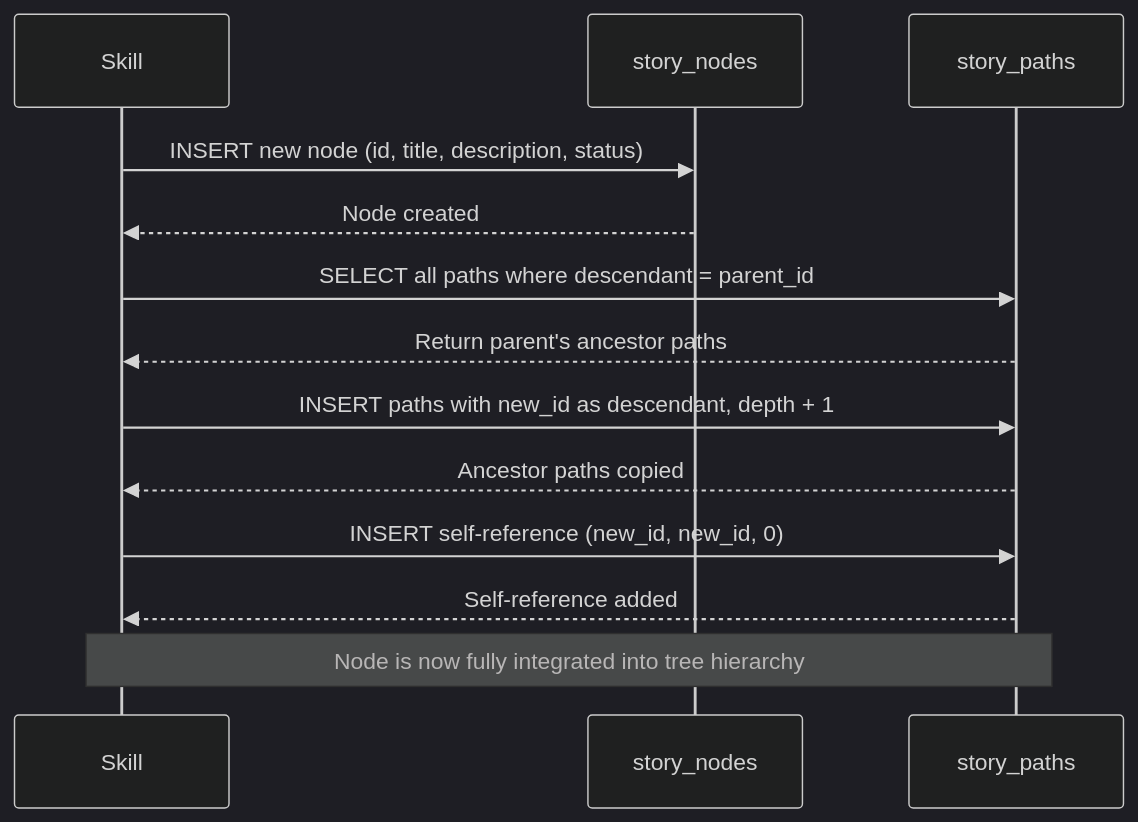
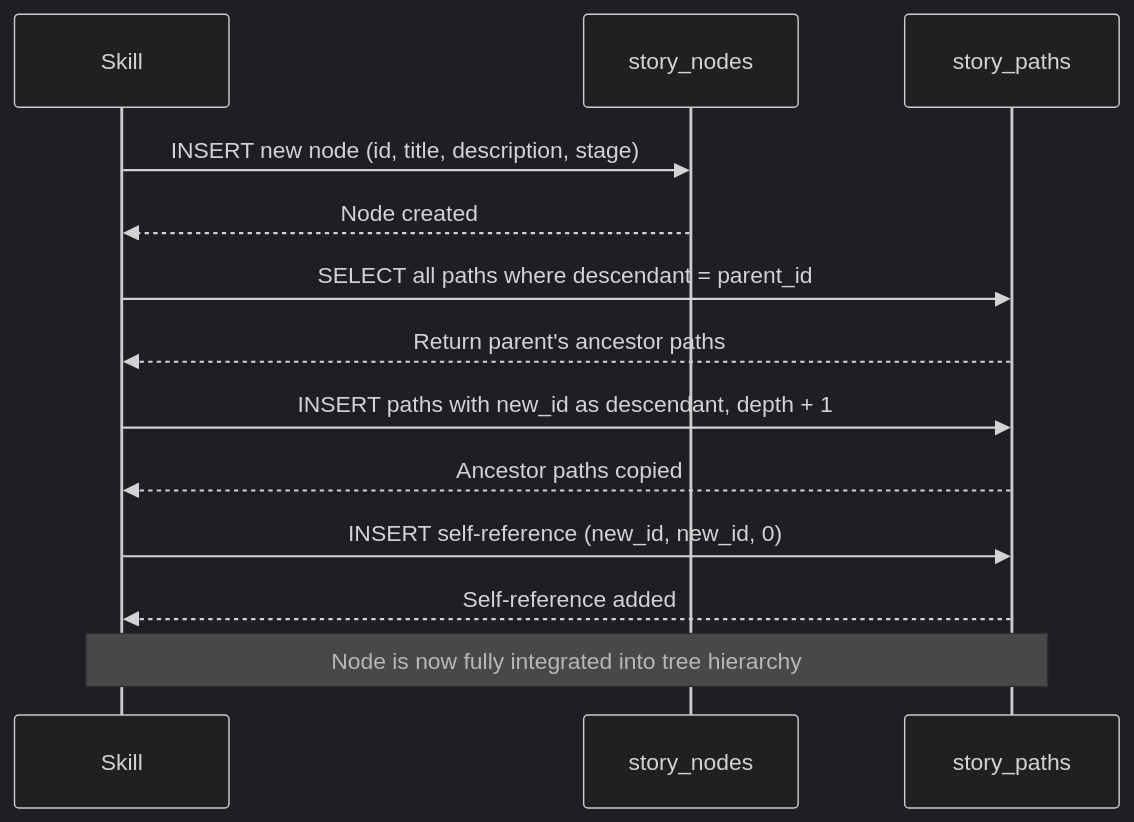
Before and after one commit to Mharbulous/StoryTree: the third of 4 diagrams in claude/skills/story-tree/references/workflow-database-architecture.md, drawn with Mermaid (dark theme). The commit also changed other lines of this file, not shown here.

First line of the commit message:
docs: reconcile workflow-database-architecture.md with actual schema

````diff
--- a/claude/skills/story-tree/references/workflow-database-architecture.md
+++ b/claude/skills/story-tree/references/workflow-database-architecture.md
@@ -101,20 +118,20 @@
 ```mermaid
 sequenceDiagram
     participant S as Skill
     participant N as story_nodes
     participant P as story_paths
 
-    S->>N: INSERT new node (id, title, description, status)
+    S->>N: INSERT new node (id, title, description, stage)
     N-->>S: Node created
 
     S->>P: SELECT all paths where descendant = parent_id
     P-->>S: Return parent's ancestor paths
 
     S->>P: INSERT paths with new_id as descendant, depth + 1
     P-->>S: Ancestor paths copied
 
     S->>P: INSERT self-reference (new_id, new_id, 0)
     P-->>S: Self-reference added
 
     Note over S,P: Node is now fully integrated into tree hierarchy
 ```
````
